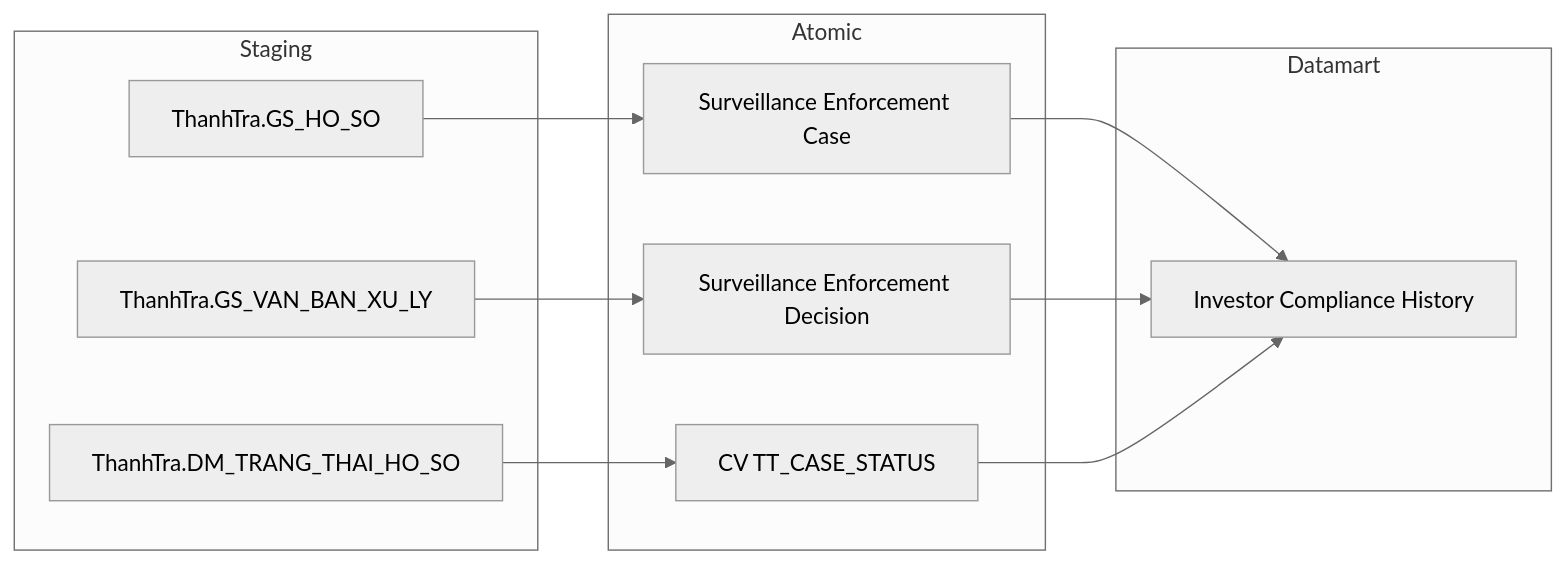
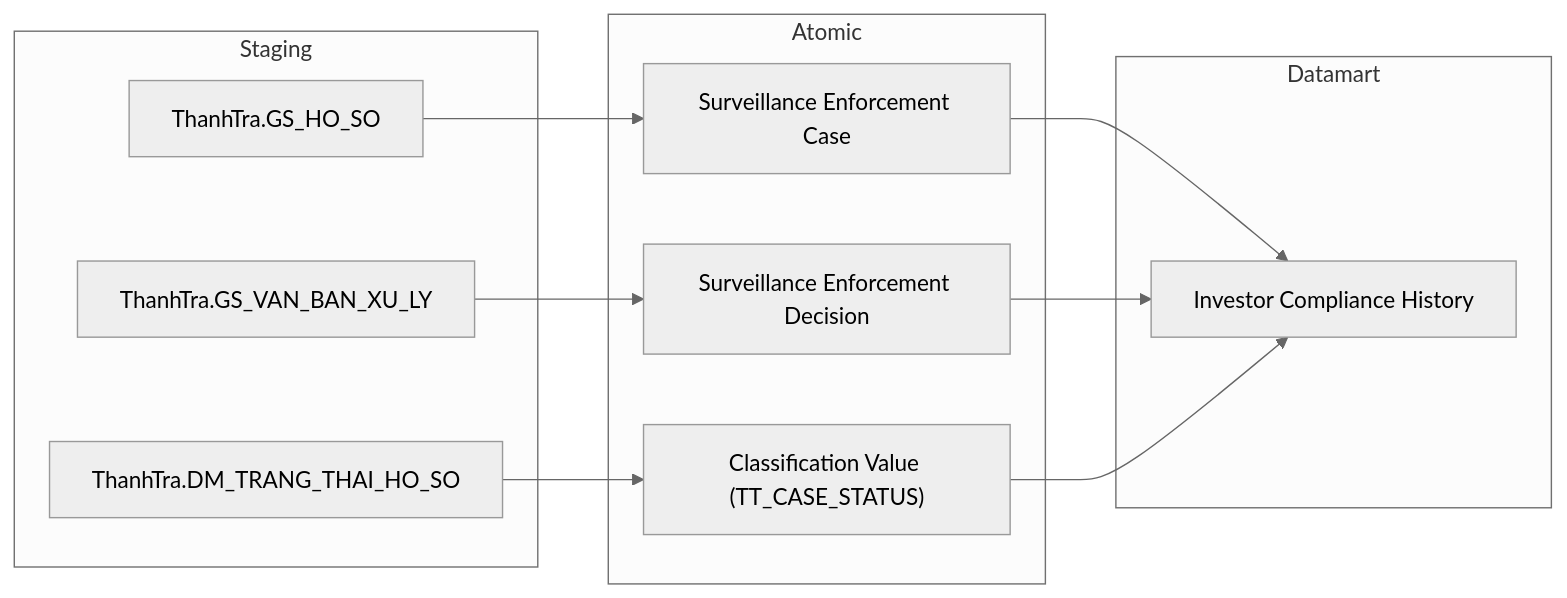
One commit to linhlvit/ubck_atomic_design changed the fourth of 34 diagrams in Datamart/hld/DTM_NDTNN_HLD.md. Above: the diagram before and after it, drawn with Mermaid (neutral theme). The commit also changed other lines of this file and 10 other files, not shown here.

````diff
--- a/Datamart/hld/DTM_NDTNN_HLD.md
+++ b/Datamart/hld/DTM_NDTNN_HLD.md
@@ -110,26 +141,26 @@
 ```mermaid
 flowchart LR
     subgraph SRC["Staging"]
         S1["ThanhTra.GS_HO_SO"]
         S2["ThanhTra.GS_VAN_BAN_XU_LY"]
         S3["ThanhTra.DM_TRANG_THAI_HO_SO"]
     end
 
     subgraph SIL["Atomic"]
         SV1["Surveillance Enforcement Case"]
         SV2["Surveillance Enforcement Decision"]
-        SV3["CV TT_CASE_STATUS"]
+        SV3["Classification Value (TT_CASE_STATUS)"]
     end
 
     subgraph Datamart["Datamart"]
         G1["Investor Compliance History"]
     end
 
     S1 --> SV1
     S2 --> SV2
     S3 --> SV3
 
     SV1 --> G1
     SV2 --> G1
     SV3 --> G1
 ```
````
